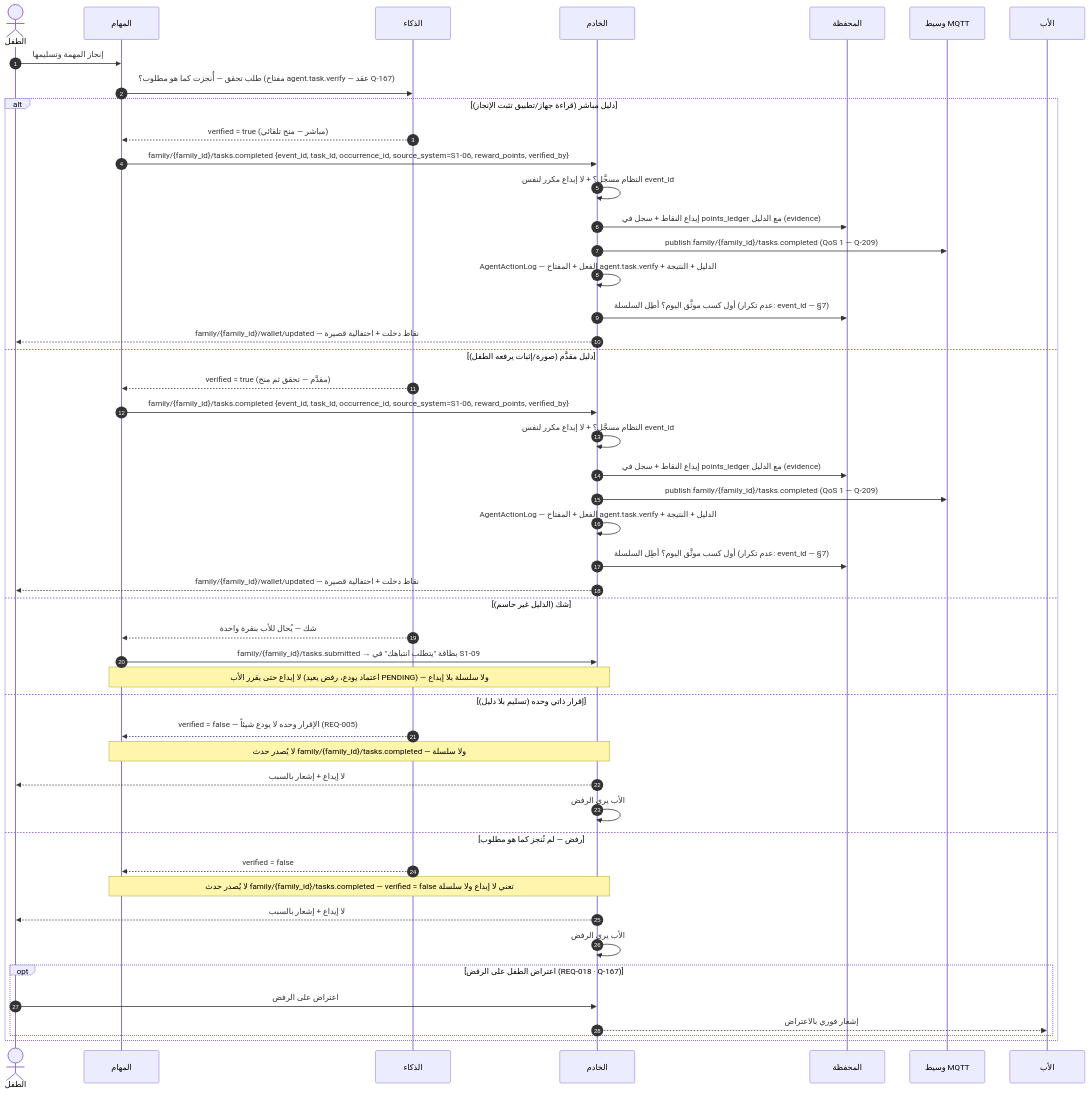
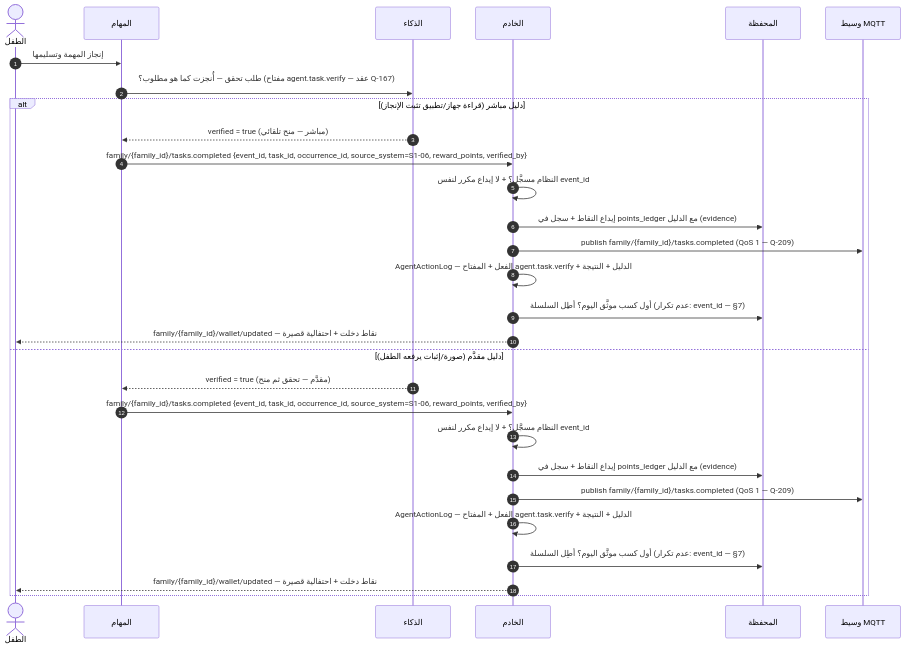
Before and after one commit to Bassam-mohammed-alqaeadi/family-os-v2: the fourth of 19 diagrams in docs/family-os/governance/phases/phase-1/S1-05-rewards-children/DIAGRAMS.md, drawn with Mermaid. The commit also changed other lines of this file, not shown here.

````diff
--- a/docs/family-os/governance/phases/phase-1/S1-05-rewards-children/DIAGRAMS.md
+++ b/docs/family-os/governance/phases/phase-1/S1-05-rewards-children/DIAGRAMS.md
@@ -198,50 +234,31 @@
 ```mermaid
 sequenceDiagram
     autonumber
     actor Child as الطفل
     participant S106 as المهام
     participant AI as الذكاء
     participant Ktor as الخادم
     participant Wallet as المحفظة
     participant MQTT as وسيط MQTT
-    participant Father as الأب
     Child->>S106: إنجاز المهمة وتسليمها
     S106->>AI: طلب تحقق — أُنجزت كما هو مطلوب؟ (مفتاح agent.task.verify — عقد Q-167)
     alt دليل مباشر (قراءة جهاز/تطبيق تثبت الإنجاز)
         AI-->>S106: verified = true (مباشر — منح تلقائي)
         S106->>Ktor: family/{family_id}/tasks.completed {event_id, task_id, occurrence_id, source_system=S1-06, reward_points, verified_by}
         Ktor->>Ktor: النظام مسجَّل؟ + لا إيداع مكرر لنفس event_id
         Ktor->>Wallet: إيداع النقاط + سجل في points_ledger مع الدليل (evidence)
         Ktor->>MQTT: publish family/{family_id}/tasks.completed (QoS 1 — Q-209)
         Ktor->>Ktor: AgentActionLog — الفعل + المفتاح agent.task.verify + الدليل + النتيجة
         Ktor->>Wallet: أول كسب موثَّق اليوم؟ أطِل السلسلة (عدم تكرار: event_id — §7)
         Ktor-->>Child: family/{family_id}/wallet/updated — نقاط دخلت + احتفالية قصيرة
     else دليل مقدَّم (صورة/إثبات يرفعه الطفل)
         AI-->>S106: verified = true (مقدَّم — تحقق ثم منح)
         S106->>Ktor: family/{family_id}/tasks.completed {event_id, task_id, occurrence_id, source_system=S1-06, reward_points, verified_by}
         Ktor->>Ktor: النظام مسجَّل؟ + لا إيداع مكرر لنفس event_id
         Ktor->>Wallet: إيداع النقاط + سجل في points_ledger مع الدليل (evidence)
         Ktor->>MQTT: publish family/{family_id}/tasks.completed (QoS 1 — Q-209)
         Ktor->>Ktor: AgentActionLog — الفعل + المفتاح agent.task.verify + الدليل + النتيجة
         Ktor->>Wallet: أول كسب موثَّق اليوم؟ أطِل السلسلة (عدم تكرار: event_id — §7)
         Ktor-->>Child: family/{family_id}/wallet/updated — نقاط دخلت + احتفالية قصيرة
-    else شك (الدليل غير حاسم)
-        AI-->>S106: شك — يُحال للأب بنقرة واحدة
-        S106->>Ktor: family/{family_id}/tasks.submitted → بطاقة "يتطلب انتباهك" في S1-09
-        Note over S106,Ktor: لا إيداع حتى يقرر الأب (اعتماد يودع، رفض يعيد PENDING) — ولا سلسلة بلا إيداع
-    else إقرار ذاتي وحده (تسليم بلا دليل)
-        AI-->>S106: verified = false — الإقرار وحده لا يودع شيئاً (REQ-005)
-        Note over S106,Ktor: لا يُصدر حدث family/{family_id}/tasks.completed — ولا سلسلة
-        Ktor-->>Child: لا إيداع + إشعار بالسبب
-        Ktor->>Ktor: الأب يرى الرفض
-    else رفض — لم تُنجز كما هو مطلوب
-        AI-->>S106: verified = false
-        Note over S106,Ktor: لا يُصدر حدث family/{family_id}/tasks.completed — verified = false تعني لا إيداع ولا سلسلة
-        Ktor-->>Child: لا إيداع + إشعار بالسبب
-        Ktor->>Ktor: الأب يرى الرفض
-        opt اعتراض الطفل على الرفض (REQ-018 · Q-167)
-            Child->>Ktor: اعتراض على الرفض
-            Ktor-->>Father: إشعار فوري بالاعتراض
-        end
     end
 ```
````
